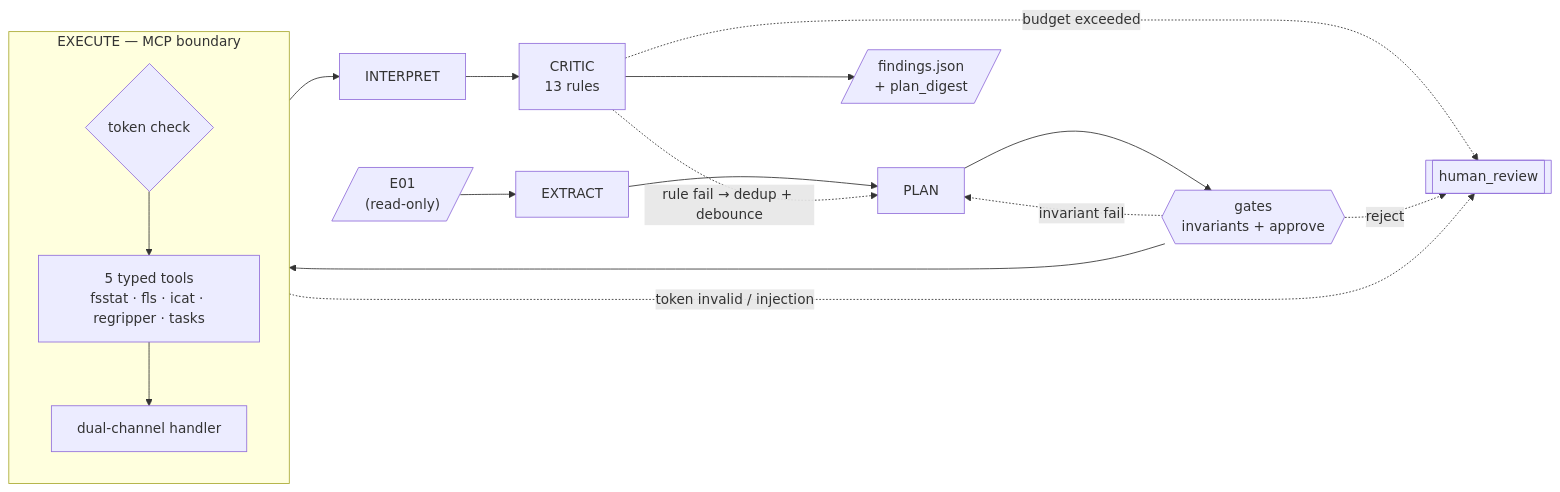
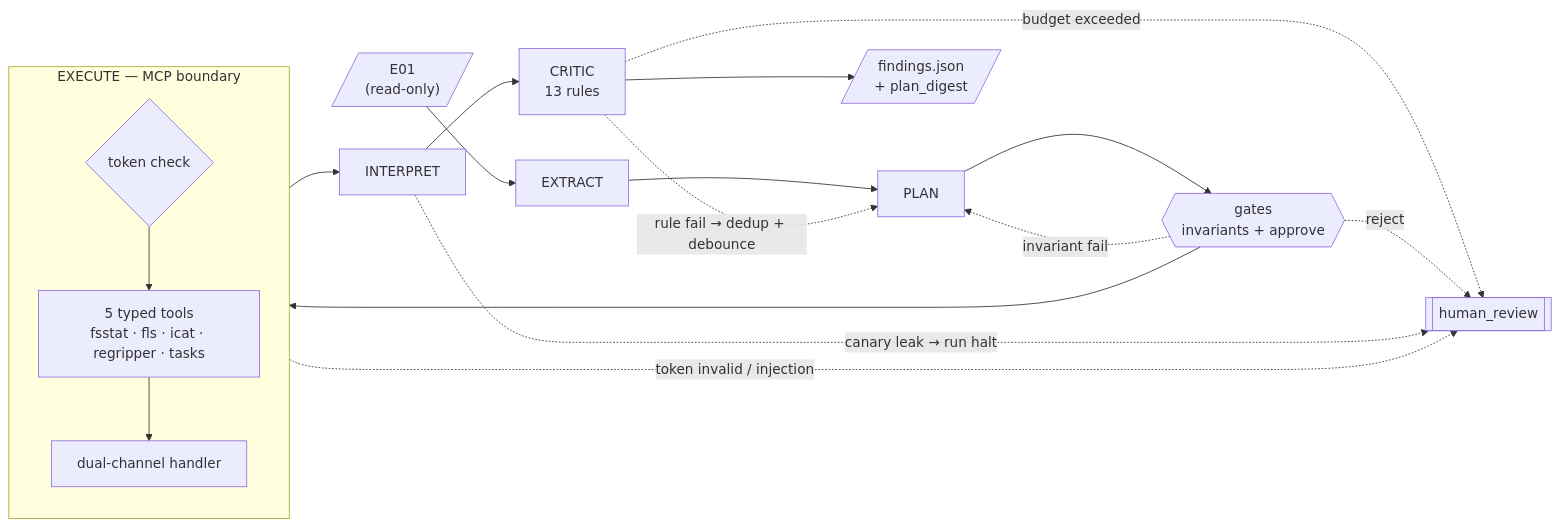
Before and after one commit to charanbobby/sift-sentinel: the diagram in docs/planning/architecture.md, drawn with Mermaid. The commit also changed other lines of this file and 5 other files, not shown here.

First line of the commit message:
docs(slice5/tier1): architecture + runbook sync for all four Tier-1 AI-adversary items

````diff
--- a/docs/planning/architecture.md
+++ b/docs/planning/architecture.md
@@ -27,26 +27,27 @@
 ```mermaid
 flowchart LR
     E01[/"E01<br/>(read-only)"/]
     EXT["EXTRACT"]
     PLN["PLAN"]
     GATE{{"gates<br/>invariants + approve"}}
     subgraph EXEC["EXECUTE — MCP boundary"]
       direction TB
       TOK{"token check"}
       T["5 typed tools<br/>fsstat · fls · icat · regripper · tasks"]
       DUAL["dual-channel handler"]
       TOK --> T --> DUAL
     end
     INT["INTERPRET"]
     CRIT["CRITIC<br/>13 rules"]
     OUT[/"findings.json<br/>+ plan_digest"/]
     HUMAN[["human_review"]]
 
     E01 --> EXT --> PLN --> GATE --> EXEC --> INT --> CRIT --> OUT
 
     GATE -.->|invariant fail| PLN
     CRIT -.->|rule fail → dedup + debounce| PLN
     CRIT -.->|budget exceeded| HUMAN
     GATE -.->|reject| HUMAN
     EXEC -.->|token invalid / injection| HUMAN
+    INT -.->|canary leak → run halt| HUMAN
 ```
````
